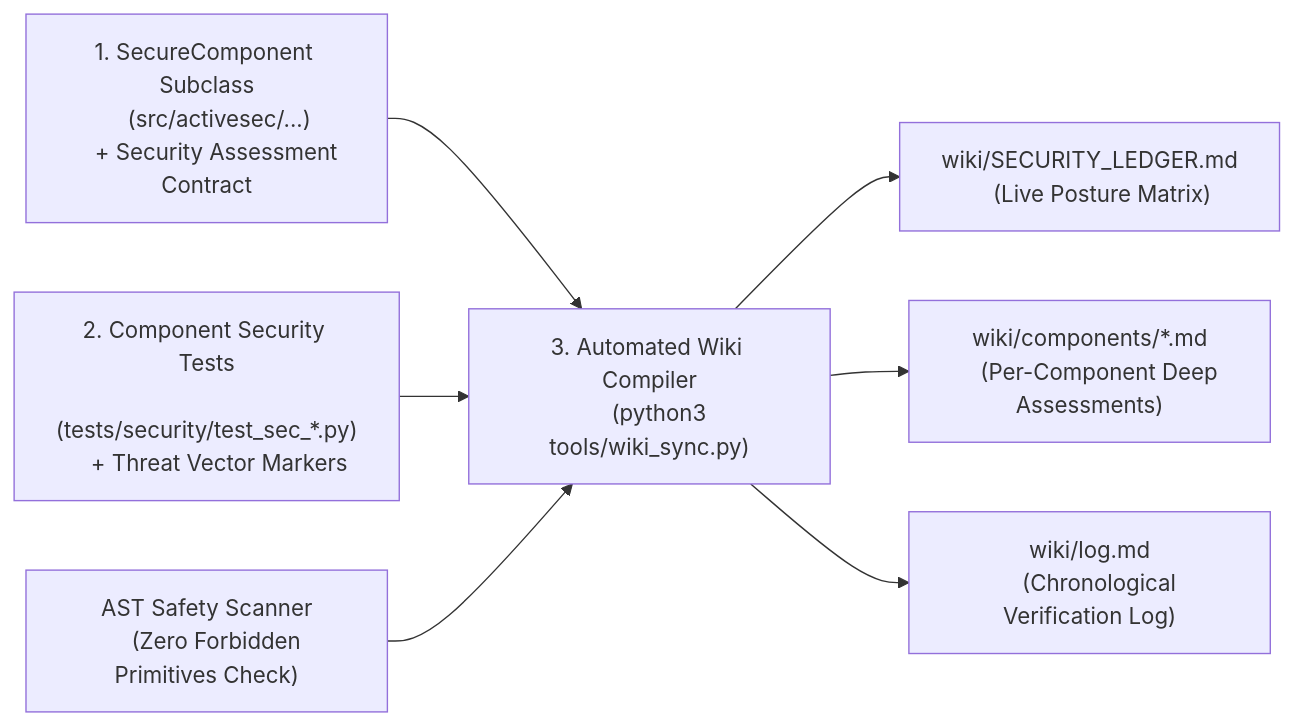
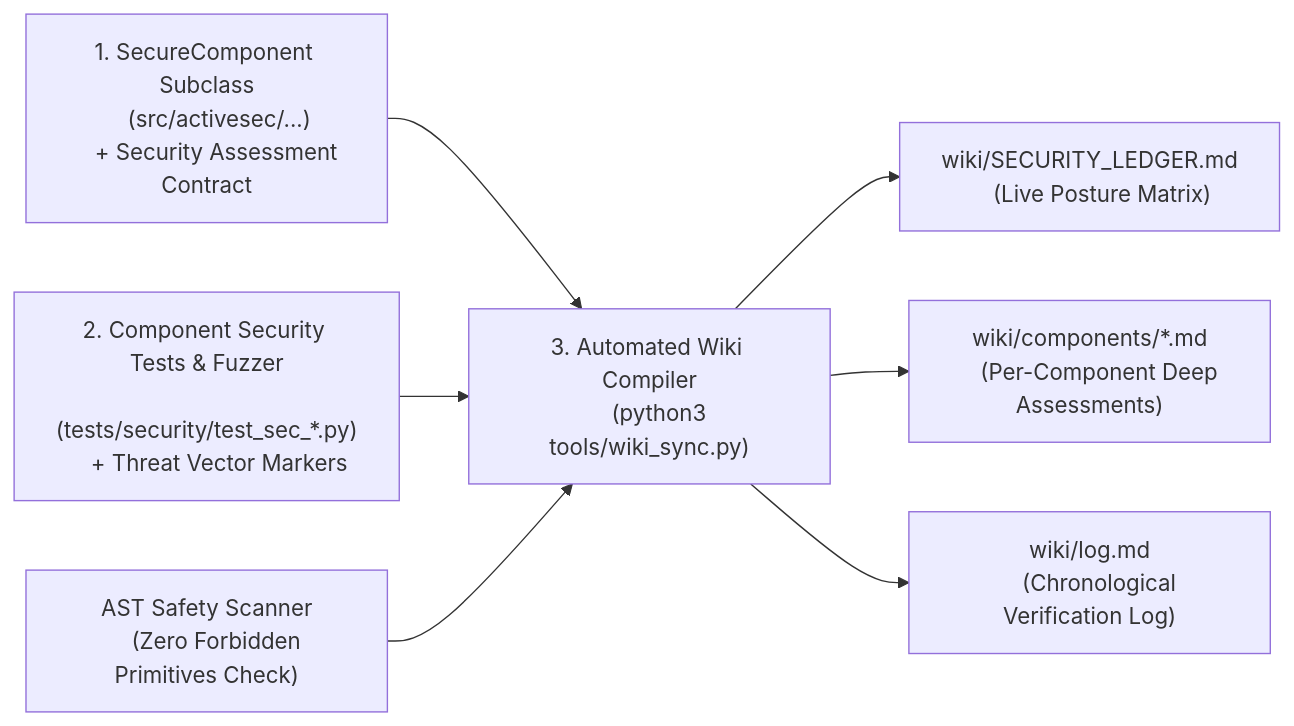
One commit to SimonHegelich/ActiveSecHarness changed the diagram in wiki/INDEX.md. Above: the diagram before and after it, drawn with Mermaid. The commit also changed other lines of this file and 9 other files, not shown here.

First line of the commit message:
feat(verification): add adversarial security fuzzer, pre-commit gate, and updated Karpathy wiki

````diff
--- a/wiki/INDEX.md
+++ b/wiki/INDEX.md
@@ -11,19 +11,19 @@
 ```mermaid
 flowchart LR
     Code["1. SecureComponent Subclass
     (src/activesec/...)
     + Security Assessment Contract"] --> Sync["3. Automated Wiki Compiler
     (python3 tools/wiki_sync.py)"]
-    SecTests["2. Component Security Tests
+    SecTests["2. Component Security Tests & Fuzzer
     (tests/security/test_sec_*.py)
     + Threat Vector Markers"] --> Sync
     ASTAudit["AST Safety Scanner
     (Zero Forbidden Primitives Check)"] --> Sync
 
     Sync --> Ledger["wiki/SECURITY_LEDGER.md
     (Live Posture Matrix)"]
     Sync --> CompPages["wiki/components/*.md
     (Per-Component Deep Assessments)"]
     Sync --> AuditLog["wiki/log.md
     (Chronological Verification Log)"]
 ```
````
